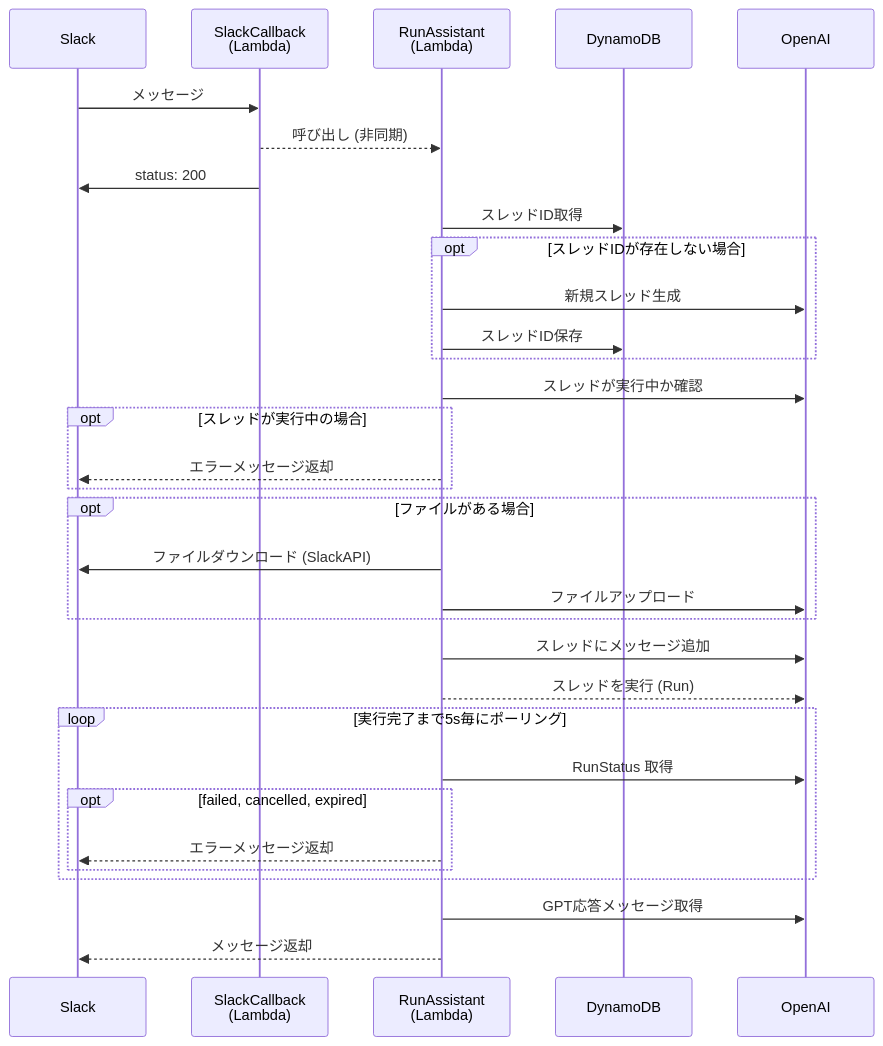
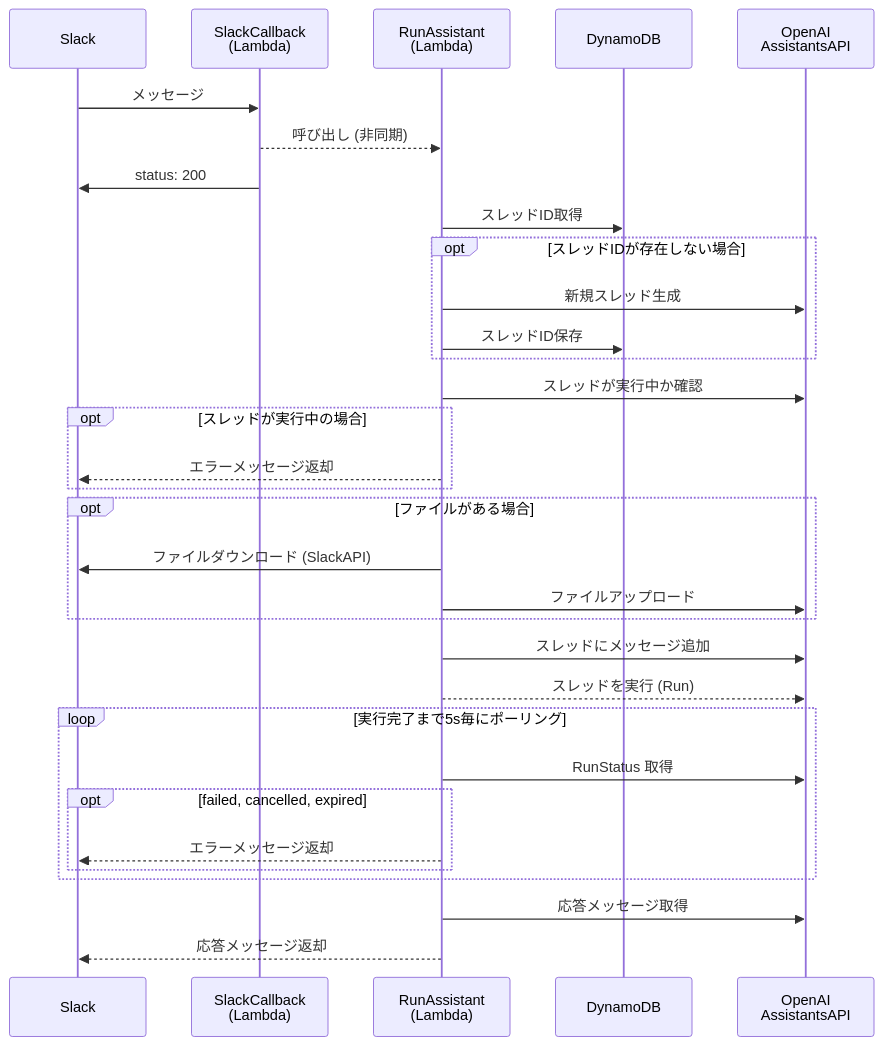
One commit to taroshun32/slack-chatbot-with-openai-assistant changed the diagram in README.md. Above: the diagram before and after it, drawn with Mermaid. The commit also changed other lines of this file, not shown here.

````diff
--- a/README.md
+++ b/README.md
@@ -4,35 +4,35 @@
 ```mermaid
 sequenceDiagram
     participant Slack
-    participant Callback as SlackCallback<br>(Lambda)
-    participant Assistant as RunAssistant<br>(Lambda)
+    participant Callback as SlackCallback<br/>(Lambda)
+    participant Assistant as RunAssistant<br/>(Lambda)
     participant DynamoDB
-    participant OpenAI
+    participant OpenAI as OpenAI<br/>AssistantsAPI
 
     Slack->>Callback: メッセージ
     Callback-->>Assistant: 呼び出し (非同期)
     Callback->>Slack: status: 200
     Assistant->>DynamoDB: スレッドID取得
     opt スレッドIDが存在しない場合
         Assistant->>OpenAI: 新規スレッド生成
         Assistant->>DynamoDB: スレッドID保存
     end
     Assistant->>OpenAI: スレッドが実行中か確認
     opt スレッドが実行中の場合
         Assistant-->>Slack: エラーメッセージ返却
     end
     opt ファイルがある場合
         Assistant->>Slack: ファイルダウンロード (SlackAPI)
         Assistant->>OpenAI: ファイルアップロード
     end
     Assistant->>OpenAI: スレッドにメッセージ追加
     Assistant-->>OpenAI: スレッドを実行 (Run)
     loop 実行完了まで5s毎にポーリング
         Assistant->>OpenAI: RunStatus 取得
         opt failed, cancelled, expired
             Assistant-->>Slack: エラーメッセージ返却
         end
     end
-    Assistant->>OpenAI: GPT応答メッセージ取得
-    Assistant-->>Slack: メッセージ返却
+    Assistant->>OpenAI: 応答メッセージ取得
+    Assistant-->>Slack: 応答メッセージ返却
 ```
````
